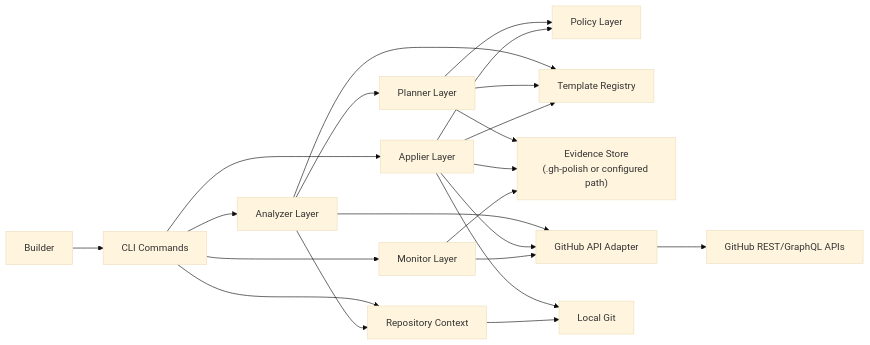
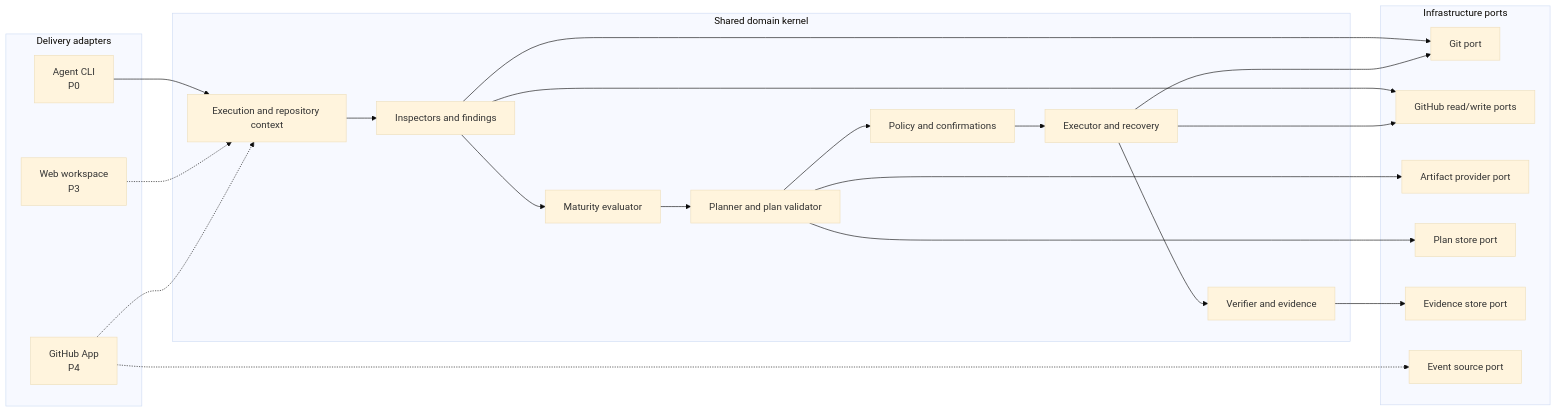
Before and after one commit to HaipingShi/gh-polish: the second of 4 diagrams in docs/ARCHITECTURE.md, drawn with Mermaid (base theme). The commit also changed other lines of this file and 14 other files, not shown here.

````diff
--- a/docs/ARCHITECTURE.md
+++ b/docs/ARCHITECTURE.md
@@ -41,38 +66,40 @@
 ```mermaid
 flowchart LR
-    User["Builder"]
-    CLI["CLI Commands"]
-    Repo["Repository Context"]
-    Analyzer["Analyzer Layer"]
-    Planner["Planner Layer"]
-    Policy["Policy Layer"]
-    Templates["Template Registry"]
-    Applier["Applier Layer"]
-    Monitor["Monitor Layer"]
-    Evidence["Evidence Store\n(.gh-polish or configured path)"]
-    Adapter["GitHub API Adapter"]
-    Git["Local Git"]
-    GitHub["GitHub REST/GraphQL APIs"]
+    subgraph Delivery["Delivery adapters"]
+        CLI["Agent CLI\nP0"]
+        WebUI["Web workspace\nP3"]
+        App["GitHub App\nP4"]
+    end
 
-    User --> CLI
-    CLI --> Repo
-    CLI --> Analyzer
-    Analyzer --> Repo
-    Analyzer --> Adapter
-    Analyzer --> Templates
-    Analyzer --> Planner
-    Planner --> Policy
-    Planner --> Templates
-    Planner --> Evidence
-    CLI --> Applier
-    Applier --> Policy
-    Applier --> Templates
-    Applier --> Git
-    Applier --> Adapter
-    Applier --> Evidence
-    CLI --> Monitor
-    Monitor --> Adapter
-    Monitor --> Evidence
-    Adapter --> GitHub
-    Repo --> Git
+    subgraph Core["Shared domain kernel"]
+        Context["Execution and repository context"]
+        Inspect["Inspectors and findings"]
+        Maturity["Maturity evaluator"]
+        Plan["Planner and plan validator"]
+        Policy["Policy and confirmations"]
+        Execute["Executor and recovery"]
+        Verify["Verifier and evidence"]
+    end
+
+    subgraph Ports["Infrastructure ports"]
+        GitPort["Git port"]
+        GitHubPort["GitHub read/write ports"]
+        ArtifactPort["Artifact provider port"]
+        PlanPort["Plan store port"]
+        EvidencePort["Evidence store port"]
+        EventPort["Event source port"]
+    end
+
+    CLI --> Context
+    WebUI -.-> Context
+    App -.-> Context
+    Context --> Inspect --> Maturity --> Plan --> Policy --> Execute --> Verify
+    Inspect --> GitPort
+    Inspect --> GitHubPort
+    Plan --> ArtifactPort
+    Plan --> PlanPort
+    Execute --> GitPort
+    Execute --> GitHubPort
+    Verify --> EvidencePort
+    App -.-> EventPort
 ```
````
